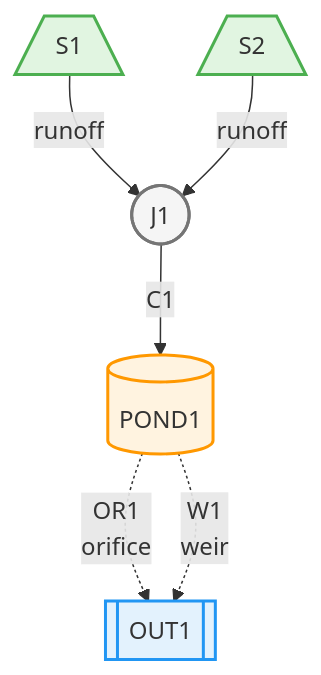
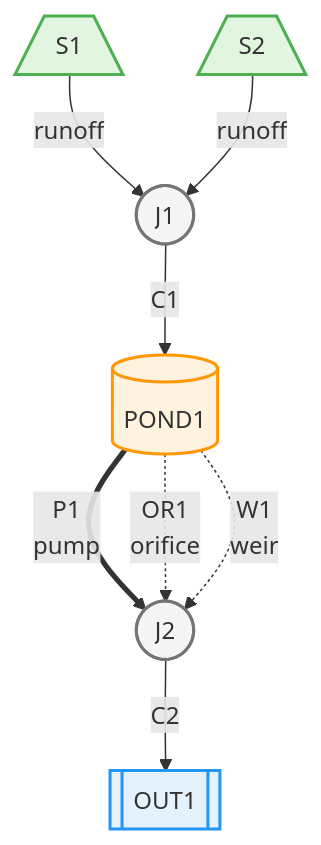
The diagram in README.md (jlillywh/GS-SWMM), drawn with Mermaid before and after one commit. The commit also changed other lines of this file and 34 other files, not shown here.

````diff
--- a/README.md
+++ b/README.md
@@ -148,35 +333,40 @@
 ```mermaid
 graph TD
     %% SWMM Model Structure Diagram
 
     %% Subcatchments
     S1[/S1\]
     S1 -->|runoff| J1
     S2[/S2\]
     S2 -->|runoff| J1
 
     %% Nodes
     J1([J1])
     POND1[(POND1)]
+    J2([J2])
     OUT1[["OUT1"]]
 
     %% Conduits
     J1 -->|C1| POND1
+    J2 -->|C2| OUT1
+
+    %% Pumps
+    POND1 ==>|P1<br/>pump| J2
 
     %% Orifices
-    POND1 -.->|OR1<br/>orifice| OUT1
+    POND1 -.->|OR1<br/>orifice| J2
 
     %% Weirs
-    POND1 -.->|W1<br/>weir| OUT1
+    POND1 -.->|W1<br/>weir| J2
 
     %% Styling
     classDef subcatchment fill:#e1f5e1,stroke:#4caf50,stroke-width:2px
     classDef storage fill:#fff3e0,stroke:#ff9800,stroke-width:2px
     classDef outfall fill:#e3f2fd,stroke:#2196f3,stroke-width:2px
     classDef junction fill:#f5f5f5,stroke:#757575,stroke-width:2px
 
     class S1,S2 subcatchment
     class POND1 storage
     class OUT1 outfall
-    class J1 junction
+    class J1,J2 junction
 ```
````
